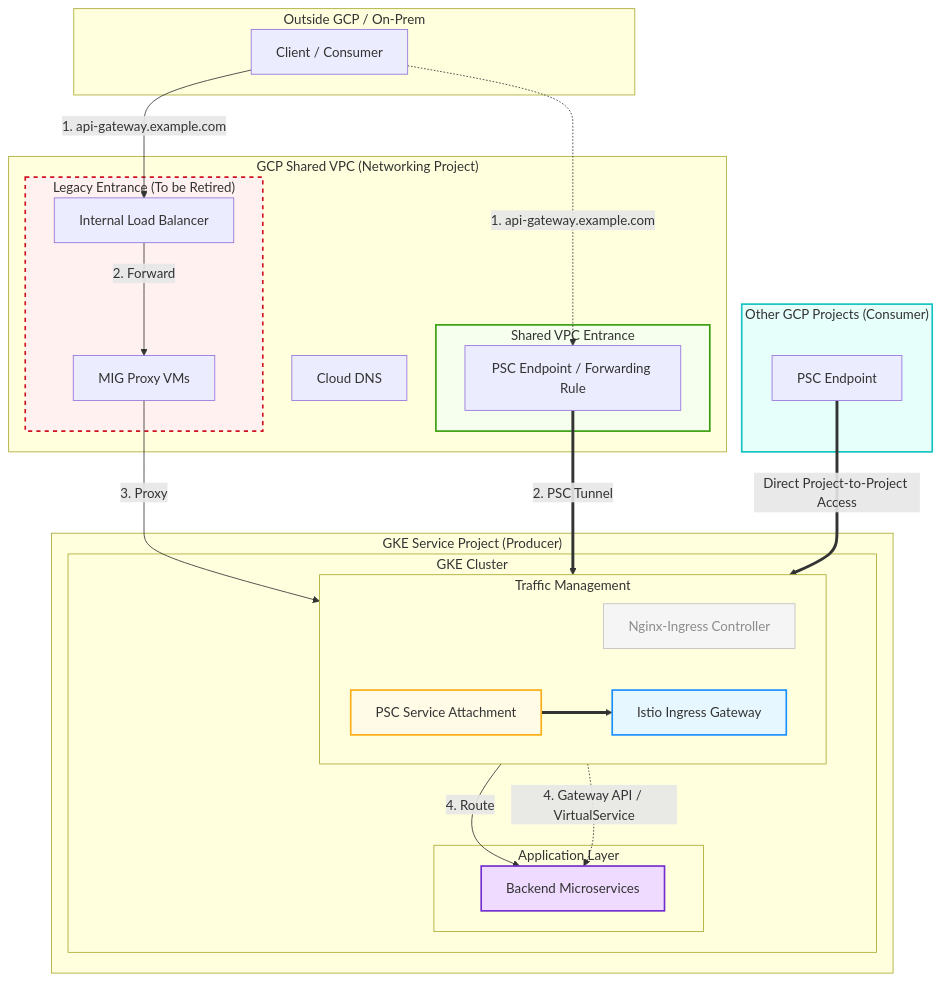
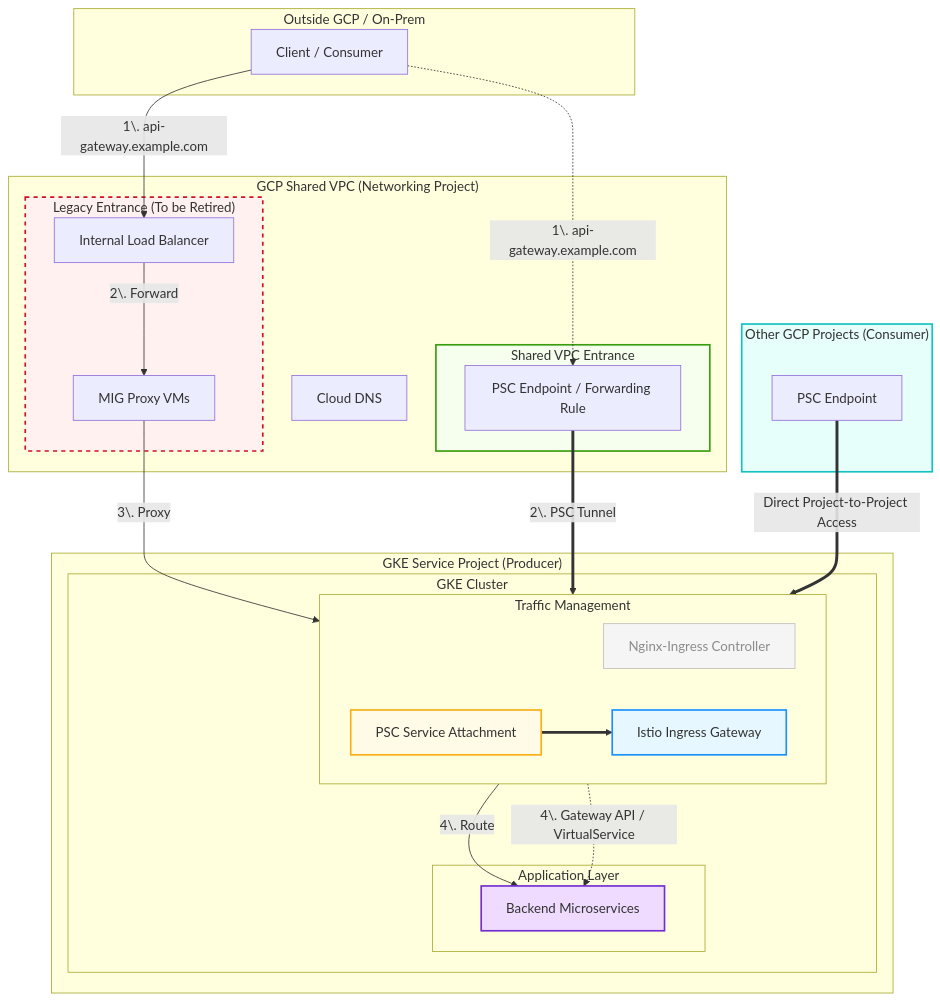
The diagram in _posts/2026-05-01-migration-path-nginx-ingress.md (magichuihui/magichuihui.github.io), drawn with Mermaid before and after one commit.

Commit message:
post: migration path of nginx-ingress

````diff
--- a/_posts/2026-05-01-migration-path-nginx-ingress.md
+++ b/_posts/2026-05-01-migration-path-nginx-ingress.md
@@ -45,64 +45,64 @@
 ```mermaid
 graph TD
     subgraph External_Network ["Outside GCP / On-Prem"]
         C[Client / Consumer]
     end
 
     subgraph Consumer_Project ["Other GCP Projects (Consumer)"]
         C_PSC[PSC Endpoint]
     end
 
     subgraph Shared_VPC ["GCP Shared VPC (Networking Project)"]
         DNS[Cloud DNS]
         
         subgraph Legacy_Stack ["Legacy Entrance (To be Retired)"]
             ILB_Old[Internal Load Balancer]
             MIG[MIG Proxy VMs]
         end
 
         subgraph Modern_Stack ["Shared VPC Entrance"]
             PSC_EP[PSC Endpoint / Forwarding Rule]
         end
     end
 
     subgraph Service_Project ["GKE Service Project (Producer)"]
         subgraph GKE_Cluster ["GKE Cluster"]
             subgraph Data_Plane ["Traffic Management"]
                 direction LR
                 NGX[Nginx-Ingress Controller]
                 IST[Istio Ingress Gateway]
                 SA[PSC Service Attachment]
             end
 
             subgraph Workloads ["Application Layer"]
                 APP[Backend Microservices]
             end
         end
     end
 
     %% Path 1: Legacy Path
-    C -- "1. api-gateway.example.com" --> ILB_Old
-    ILB_Old -- "2. Forward" --> MIG
-    MIG -- "3. Proxy" --> NGX
-    NGX -- "4. Route" --> APP
+    C -- "1\. api-gateway.example.com" --> ILB_Old
+    ILB_Old -- "2\. Forward" --> MIG
+    MIG -- "3\. Proxy" --> NGX
+    NGX -- "4\. Route" --> APP
 
     %% Path 2: Shared VPC PSC Path
-    C -. "1. api-gateway.example.com" .-> PSC_EP
-    PSC_EP == "2. PSC Tunnel" ==> SA
+    C -. "1\. api-gateway.example.com" .-> PSC_EP
+    PSC_EP == "2\. PSC Tunnel" ==> SA
 
     %% Path 3: Cross-Project PSC Path
     C_PSC == "Direct Project-to-Project Access" ==> SA
 
     %% Internal Routing
     SA ==> IST
-    IST -. "4. Gateway API / VirtualService" .-> APP
+    IST -. "4\. Gateway API / VirtualService" .-> APP
 
     %% Styling
     style Legacy_Stack fill:#fff1f0,stroke:#cf1322,stroke-width:2px,stroke-dasharray: 5 5
     style Modern_Stack fill:#f6ffed,stroke:#389e0d,stroke-width:2px
     style Consumer_Project fill:#e6fffb,stroke:#13c2c2,stroke-width:2px
     style IST fill:#e6f7ff,stroke:#1890ff,stroke-width:2px
     style NGX fill:#f5f5f5,stroke:#bfbfbf,color:#8c8c8c
     style APP fill:#efdbff,stroke:#722ed1,stroke-width:2px
     style SA fill:#fffbe6,stroke:#faad14,stroke-width:2px
 ```
````
